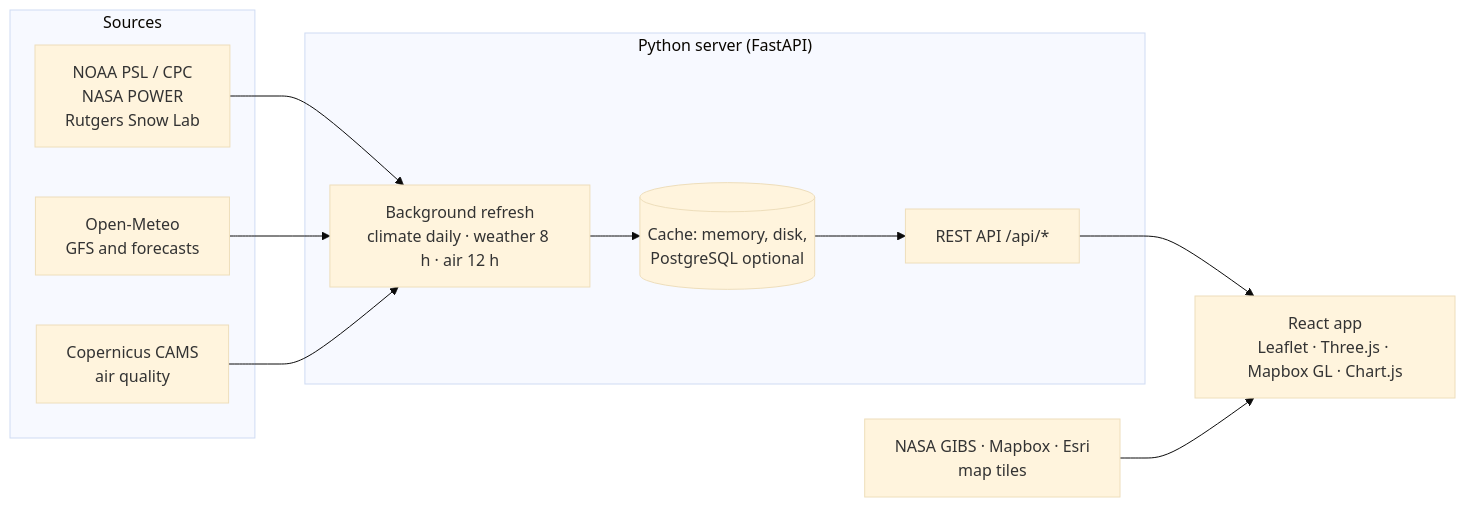
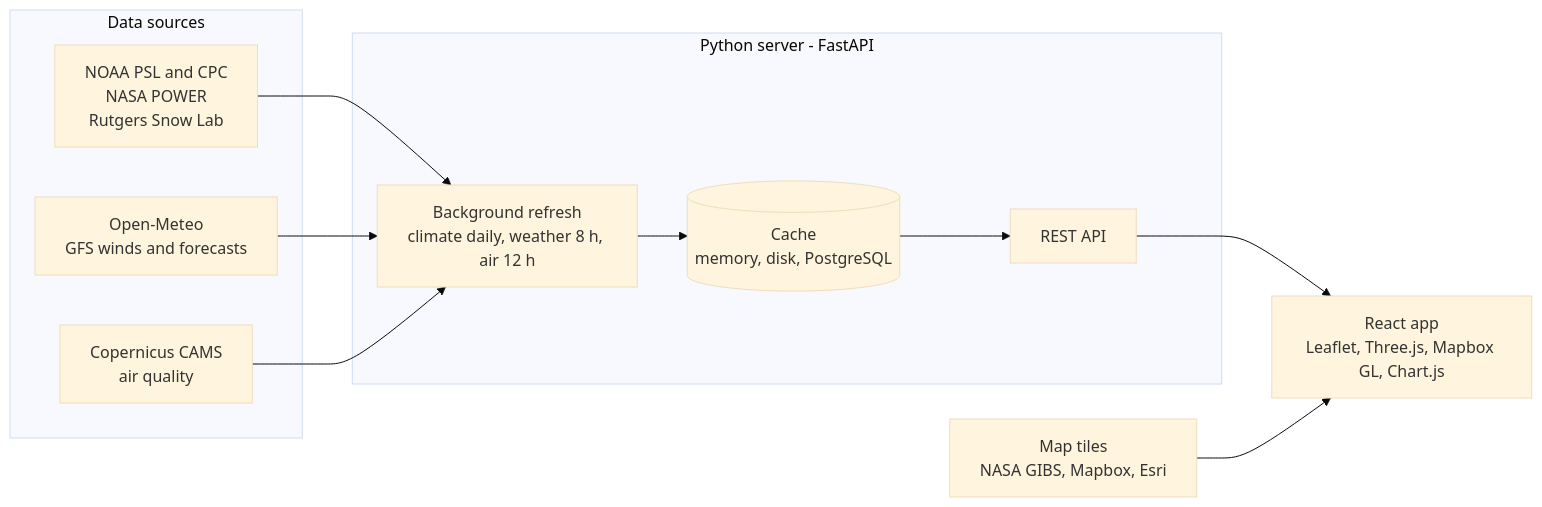
The diagram in README.md (mahnoor114/pak-climate-portal), drawn with Mermaid (base theme) before and after one commit.

Commit message:
README: architecture diagram in plain Mermaid syntax so GitHub renders it
Quoted labels, <br/> line breaks and one edge per line instead of the "A & B" shorthand.

````diff
--- a/README.md
+++ b/README.md
@@ -49,16 +49,22 @@
 ```mermaid
 flowchart LR
-    subgraph Sources
-        A[NOAA PSL / CPC<br>NASA POWER<br>Rutgers Snow Lab]
-        B[Open-Meteo<br>GFS and forecasts]
-        C[Copernicus CAMS<br>air quality]
+    subgraph SRC["Data sources"]
+        A["NOAA PSL and CPC<br/>NASA POWER<br/>Rutgers Snow Lab"]
+        B["Open-Meteo<br/>GFS winds and forecasts"]
+        C["Copernicus CAMS<br/>air quality"]
     end
-    subgraph Server["Python server (FastAPI)"]
-        D[Background refresh<br>climate daily · weather 8 h · air 12 h]
-        E[(Cache: memory, disk,<br>PostgreSQL optional)]
-        F[REST API /api/*]
+    subgraph SRV["Python server - FastAPI"]
+        D["Background refresh<br/>climate daily, weather 8 h, air 12 h"]
+        E[("Cache<br/>memory, disk, PostgreSQL")]
+        F["REST API"]
     end
-    G[React app<br>Leaflet · Three.js · Mapbox GL · Chart.js]
-    A & B & C --> D --> E --> F --> G
-    H[NASA GIBS · Mapbox · Esri<br>map tiles] --> G
+    G["React app<br/>Leaflet, Three.js, Mapbox GL, Chart.js"]
+    H["Map tiles<br/>NASA GIBS, Mapbox, Esri"]
+    A --> D
+    B --> D
+    C --> D
+    D --> E
+    E --> F
+    F --> G
+    H --> G
 ```
````
